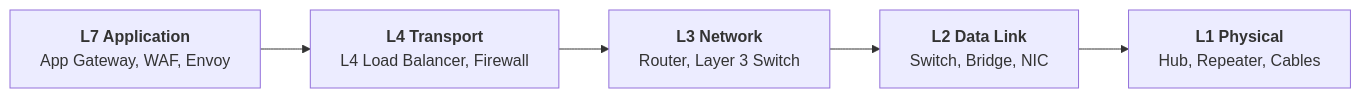
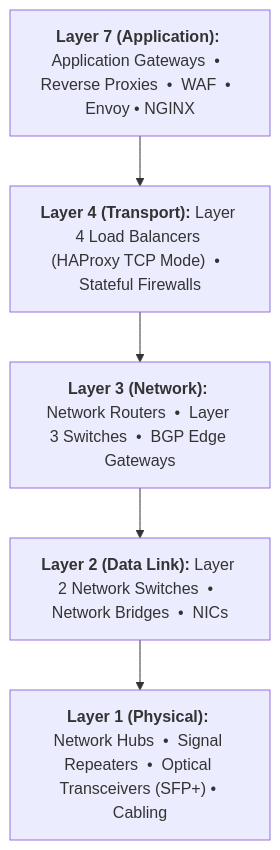
Before and after one commit to rohithgowda18/Notes: the fourth of 5 diagrams in 03-Computer-Networks/OSI-Model-7-Layers.md, drawn with Mermaid. The commit also changed other lines of this file, not shown here.

Commit message:
style: keep vertical flowchart TD with wide horizontal banner cards for minimal vertical space and max readability

````diff
--- a/03-Computer-Networks/OSI-Model-7-Layers.md
+++ b/03-Computer-Networks/OSI-Model-7-Layers.md
@@ -358,10 +358,10 @@
 ```mermaid
-flowchart LR
-    D7["<b>L7 Application</b><br/>App Gateway, WAF, Envoy"]
-    D4["<b>L4 Transport</b><br/>L4 Load Balancer, Firewall"]
-    D3["<b>L3 Network</b><br/>Router, Layer 3 Switch"]
-    D2["<b>L2 Data Link</b><br/>Switch, Bridge, NIC"]
-    D1["<b>L1 Physical</b><br/>Hub, Repeater, Cables"]
+flowchart TD
+    D7["<b>Layer 7 (Application):</b> Application Gateways &nbsp;&bull;&nbsp; Reverse Proxies &nbsp;&bull;&nbsp; WAF &nbsp;&bull;&nbsp; Envoy &bull; NGINX"]
+    D4["<b>Layer 4 (Transport):</b> Layer 4 Load Balancers (HAProxy TCP Mode) &nbsp;&bull;&nbsp; Stateful Firewalls"]
+    D3["<b>Layer 3 (Network):</b> Network Routers &nbsp;&bull;&nbsp; Layer 3 Switches &nbsp;&bull;&nbsp; BGP Edge Gateways"]
+    D2["<b>Layer 2 (Data Link):</b> Layer 2 Network Switches &nbsp;&bull;&nbsp; Network Bridges &nbsp;&bull;&nbsp; NICs"]
+    D1["<b>Layer 1 (Physical):</b> Network Hubs &nbsp;&bull;&nbsp; Signal Repeaters &nbsp;&bull;&nbsp; Optical Transceivers (SFP+) &bull; Cabling"]
 
     D7 --> D4 --> D3 --> D2 --> D1
 ```
````
